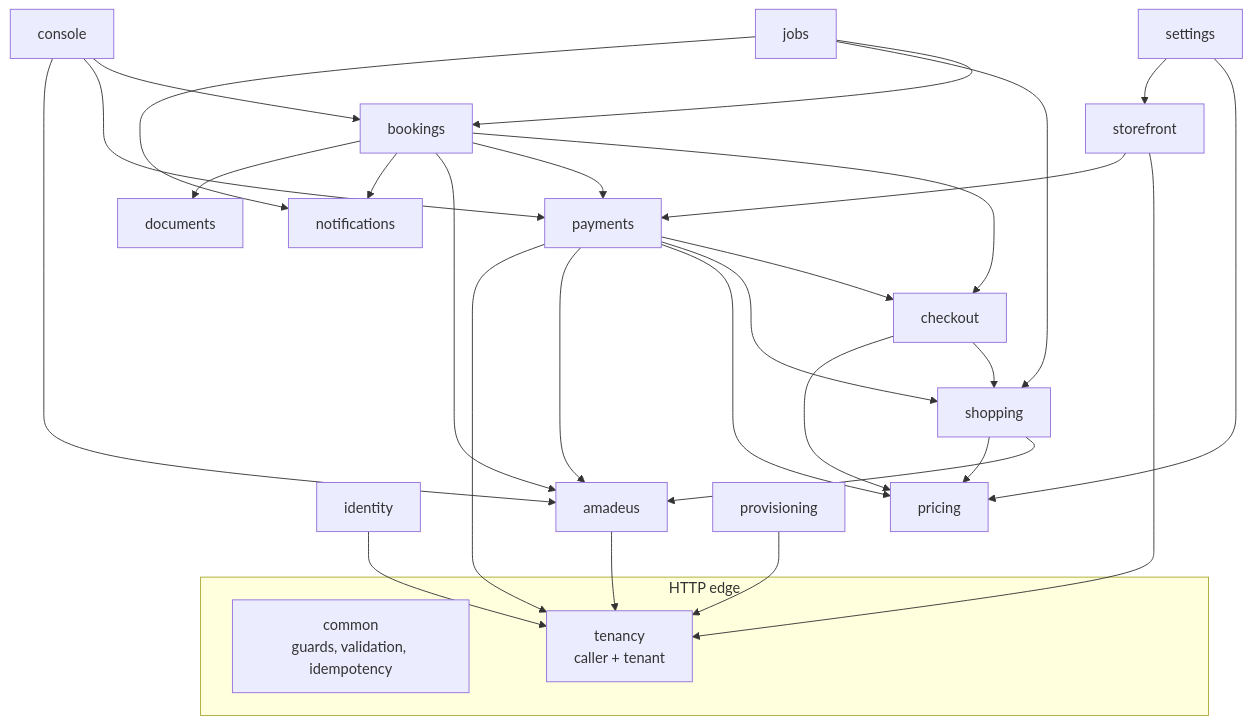
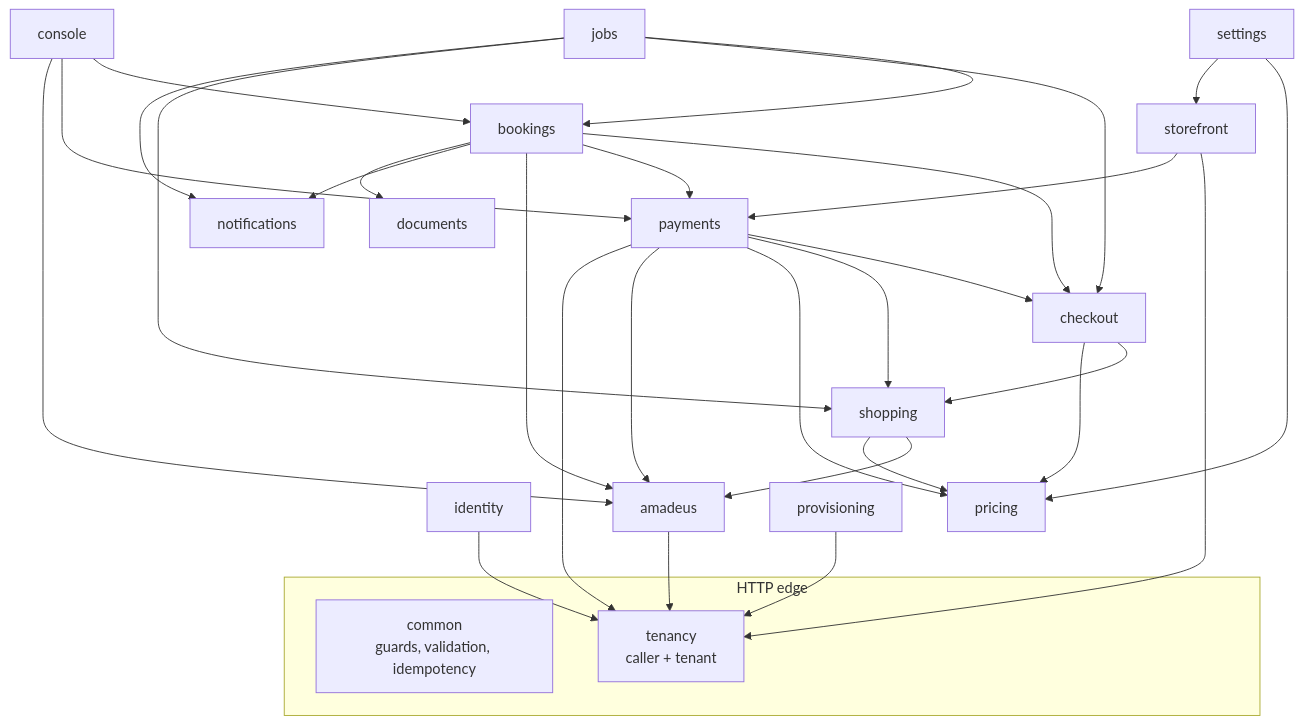
One commit to bhagwati-prasad/velexis-ota changed the diagram in ota/docs/architecture.md. Above: the diagram before and after it, drawn with Mermaid. The commit also changed 10 other files, not shown here.

````diff
--- a/ota/docs/architecture.md
+++ b/ota/docs/architecture.md
@@ -47,34 +47,35 @@
 ```mermaid
 flowchart TB
   subgraph http["HTTP edge"]
     common["common<br/>guards, validation, idempotency"]
     tenancy["tenancy<br/>caller + tenant"]
   end
   identity --> tenancy
   storefront --> tenancy
   storefront --> payments
   shopping --> amadeus
   shopping --> pricing
   checkout --> shopping
   checkout --> pricing
   payments --> checkout
   payments --> shopping
   payments --> pricing
   payments --> amadeus
   bookings --> checkout
   bookings --> payments
   bookings --> amadeus
   bookings --> notifications
   bookings --> documents
   console --> bookings
   console --> payments
   console --> amadeus
   settings --> pricing
   settings --> storefront
   jobs --> bookings
+  jobs --> checkout
   jobs --> shopping
   jobs --> notifications
   provisioning --> tenancy
   amadeus --> tenancy
   payments --> tenancy
 ```
````
